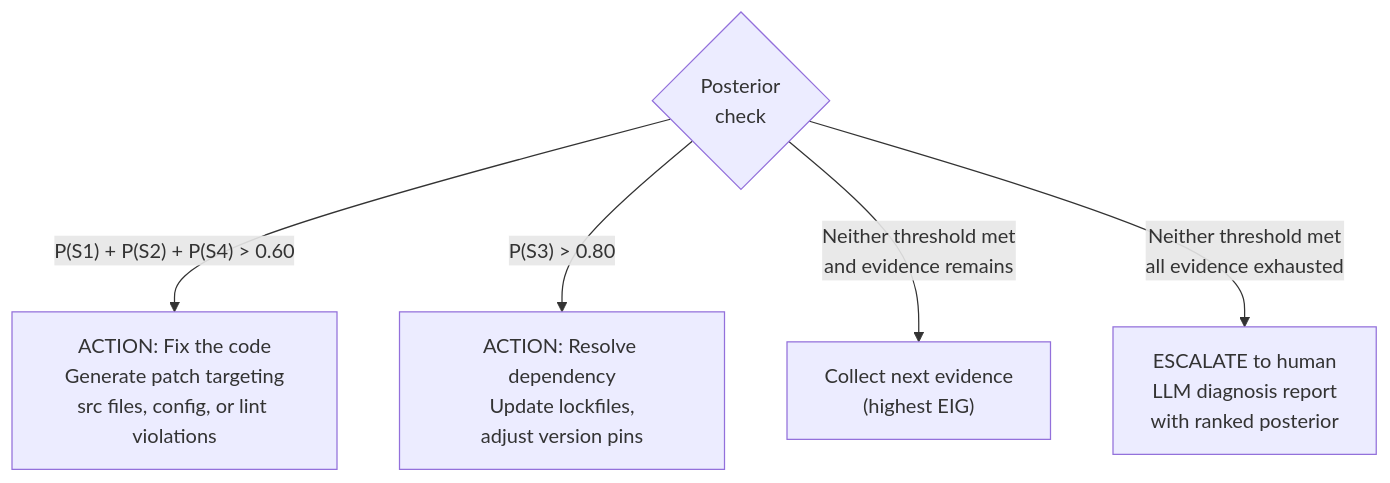
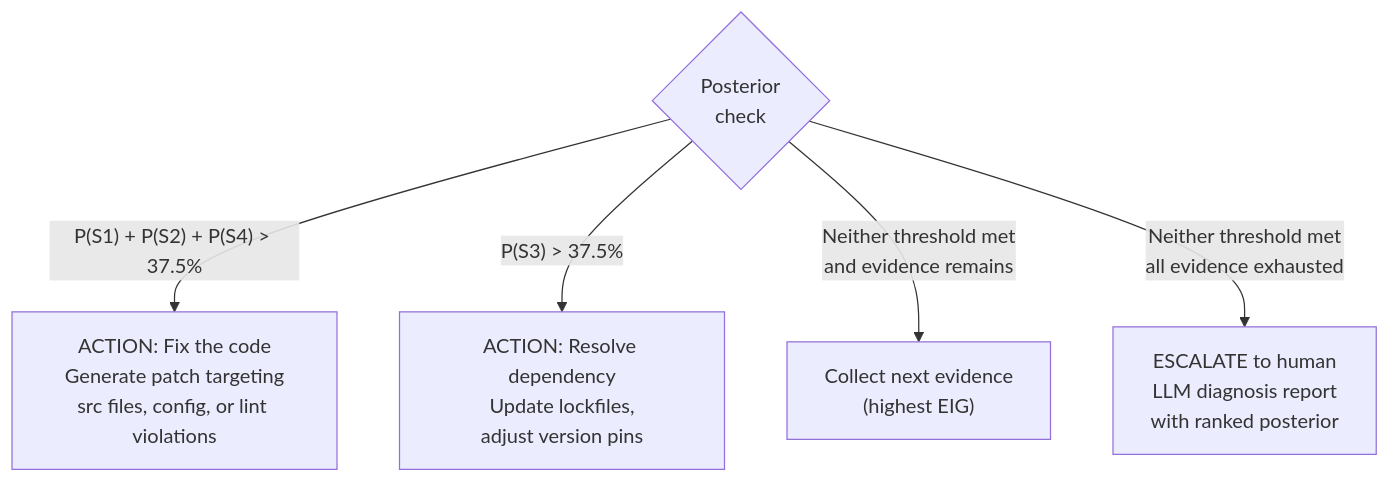
Before and after one commit to DiwasDev/CI-diagnosis-agent: the third of 6 diagrams in decisions/probability_decision_record.md, drawn with Mermaid. The commit also changed other lines of this file and 3 other files, not shown here.

````diff
--- a/decisions/probability_decision_record.md
+++ b/decisions/probability_decision_record.md
@@ -213,15 +213,15 @@
 ```mermaid
 
 flowchart TD
 
 CHECK{Posterior\ncheck}
 
-CHECK -- "P(S1) + P(S2) + P(S4) > 0.60" --> FIX["ACTION: Fix the code\nGenerate patch targeting\nsrc files, config, or lint violations"]
+CHECK -- "P(S1) + P(S2) + P(S4) > 37.5%" --> FIX["ACTION: Fix the code\nGenerate patch targeting\nsrc files, config, or lint violations"]
 
-CHECK -- "P(S3) > 0.80" --> DEP["ACTION: Resolve dependency\nUpdate lockfiles,\nadjust version pins"]
+CHECK -- "P(S3) > 37.5%" --> DEP["ACTION: Resolve dependency\nUpdate lockfiles,\nadjust version pins"]
 
 CHECK -- "Neither threshold met\nand evidence remains" --> MORE["Collect next evidence\n(highest EIG)"]
 
 CHECK -- "Neither threshold met\nall evidence exhausted" --> ESC["ESCALATE to human\nLLM diagnosis report\nwith ranked posterior"]
 
 ```
````
